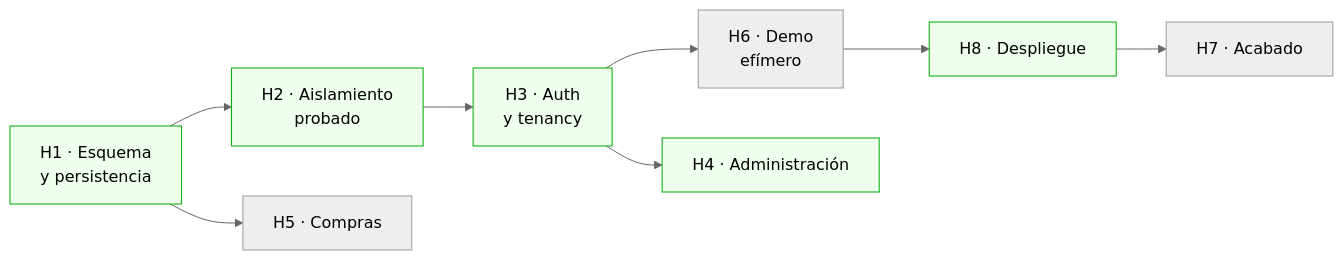
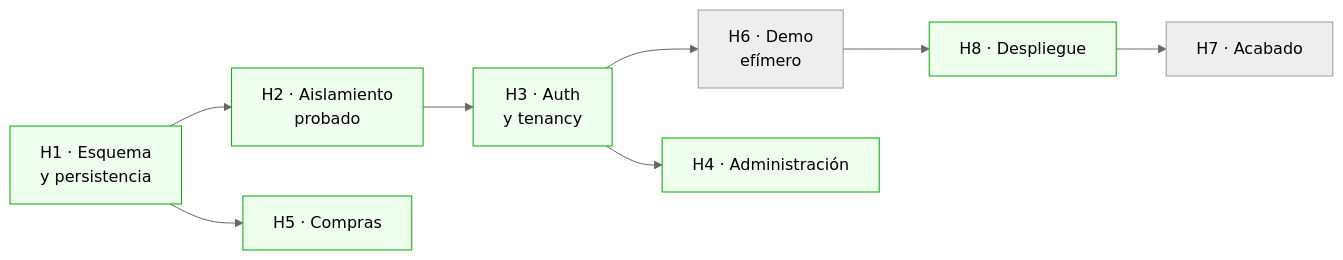
One commit to Jundev66/CoreBiz changed the diagram in docs/ROADMAP.md. Above: the diagram before and after it, drawn with Mermaid (neutral theme). The commit also changed other lines of this file and 46 other files, not shown here.

````diff
--- a/docs/ROADMAP.md
+++ b/docs/ROADMAP.md
@@ -53,16 +53,17 @@
 ```mermaid
 graph LR
   H1[H1 · Esquema<br/>y persistencia] --> H2[H2 · Aislamiento<br/>probado]
   H2 --> H3[H3 · Auth<br/>y tenancy]
   H3 --> H6[H6 · Demo<br/>efímero]
   H6 --> H8[H8 · Despliegue]
   H3 --> H4[H4 · Administración]
   H1 --> H5[H5 · Compras]
   H8 --> H7[H7 · Acabado]
 
   style H1 fill:#efe,stroke:#0a0
   style H2 fill:#efe,stroke:#0a0
   style H3 fill:#efe,stroke:#0a0
   style H4 fill:#efe,stroke:#0a0
+  style H5 fill:#efe,stroke:#0a0
   style H8 fill:#efe,stroke:#0a0
 ```
````
